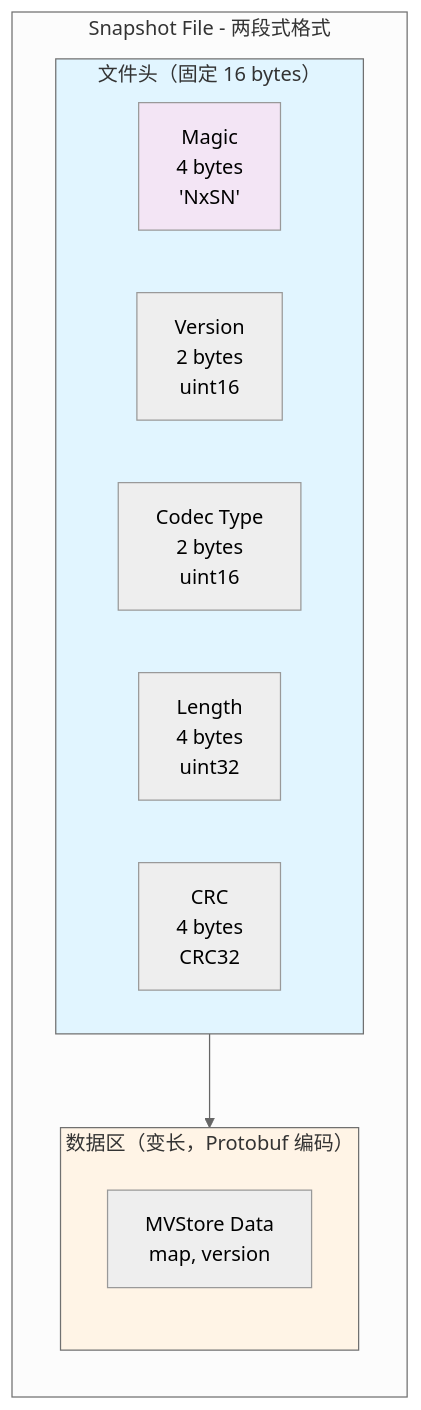
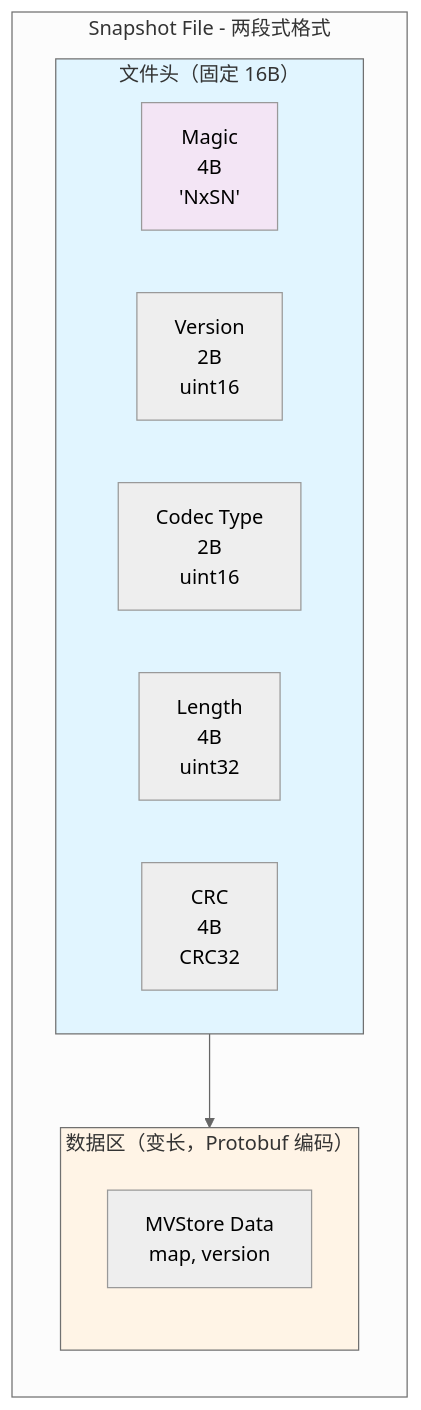
One commit to jzhang405/NexKV changed the fourth of 8 diagrams in docs/06_project_management/pr_documents/feature/2026-01-19_PR-003_WAL_Checkpoint_机制实现_Pre.md. Above: the diagram before and after it, drawn with Mermaid (neutral theme). The commit also changed other lines of this file, not shown here.

First line of the commit message:
docs(pr-003): 统一图表格式，bytes 改为 B

````diff
--- a/docs/06_project_management/pr_documents/feature/2026-01-19_PR-003_WAL_Checkpoint_机制实现_Pre.md
+++ b/docs/06_project_management/pr_documents/feature/2026-01-19_PR-003_WAL_Checkpoint_机制实现_Pre.md
@@ -310,26 +310,26 @@
 ```mermaid
 flowchart TD
     subgraph SnapshotFile["Snapshot File - 两段式格式"]
         direction TB
 
-        subgraph Header["文件头（固定 16 bytes）"]
+        subgraph Header["文件头（固定 16B）"]
             direction LR
-            H1["Magic<br/>4 bytes<br/>'NxSN'"]
-            H2["Version<br/>2 bytes<br/>uint16"]
-            H3["Codec Type<br/>2 bytes<br/>uint16"]
-            H4["Length<br/>4 bytes<br/>uint32"]
-            H5["CRC<br/>4 bytes<br/>CRC32"]
+            H1["Magic<br/>4B<br/>'NxSN'"]
+            H2["Version<br/>2B<br/>uint16"]
+            H3["Codec Type<br/>2B<br/>uint16"]
+            H4["Length<br/>4B<br/>uint32"]
+            H5["CRC<br/>4B<br/>CRC32"]
         end
 
         subgraph Data["数据区（变长，Protobuf 编码）"]
             direction TB
             D1["MVStore Data<br/>map<string, bytes>, version"]
         end
 
         Header --> Data
     end
 
     style Header fill:#e1f5ff
     style Data fill:#fff4e6
     style H1 fill:#f3e5f5
 ```
````
